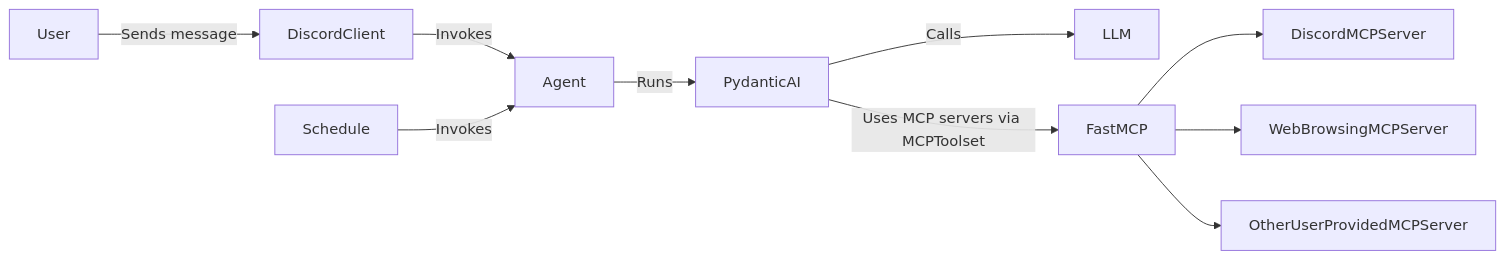
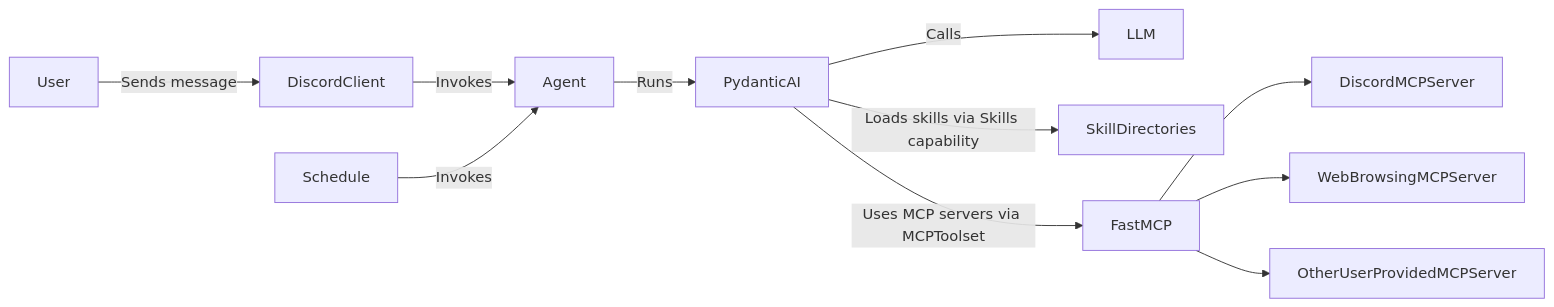
The diagram in CONTRIBUTING.md (lintyourcode/vercade), drawn with Mermaid before and after one commit. The commit also changed other lines of this file and 9 other files, not shown here.

````diff
--- a/CONTRIBUTING.md
+++ b/CONTRIBUTING.md
@@ -24,12 +24,13 @@
 ```mermaid
 graph LR
     User -->|"Sends message"| DiscordClient
     DiscordClient -->|"Invokes"| Agent
     Schedule -->|"Invokes"| Agent
     Agent -->|"Runs"| PydanticAI
     PydanticAI -->|"Calls"| LLM
+    PydanticAI -->|"Loads skills via Skills capability"| SkillDirectories
     PydanticAI -->|"Uses MCP servers via MCPToolset"| FastMCP
     FastMCP --> DiscordMCPServer
     FastMCP --> WebBrowsingMCPServer
     FastMCP --> OtherUserProvidedMCPServer
 ```
````
